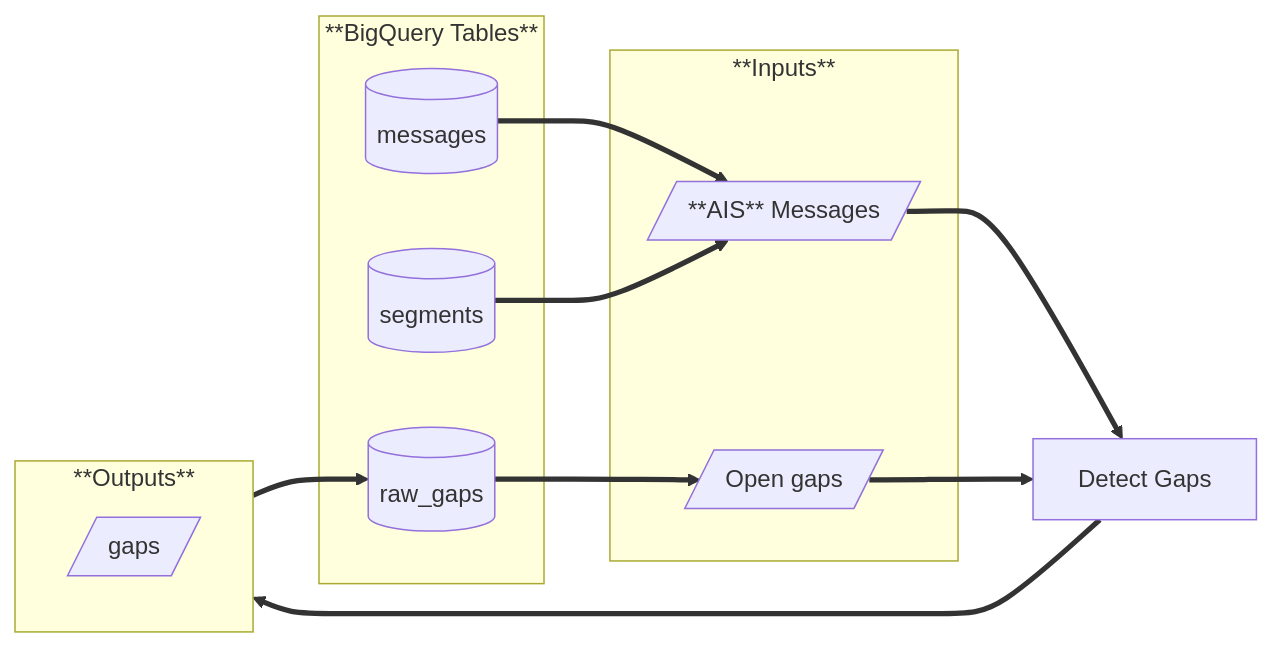
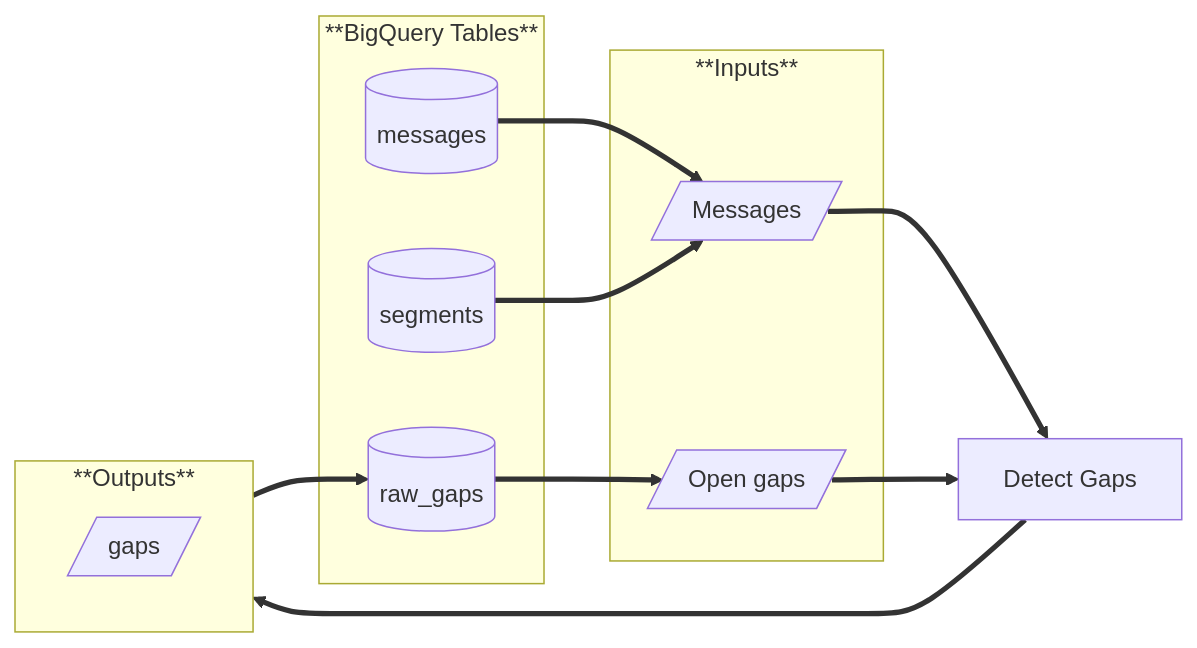
Before and after one commit to GlobalFishingWatch/pipe-gaps: the first of 2 diagrams in README.md, drawn with Mermaid. The commit also changed other lines of this file and 16 other files, not shown here.

````diff
--- a/README.md
+++ b/README.md
@@ -292,32 +295,32 @@
 ```mermaid
 flowchart LR;
     subgraph tables [**BigQuery Tables**]
         A[(messages)]
         B[(segments)]
         C[(raw_gaps)]
     end
 
     subgraph inputs [**Inputs**]
-        D[/**AIS** Messages/]
+        D[/Messages/]
         E[/Open gaps/]
     end
 
     F[Detect Gaps]
 
 
     subgraph outputs [**Outputs**]
         direction TB
         G[/gaps/]
     end
     
     A ==> D
     B ==> D
     C ==> E
 
     D ==> F
     E ==> F
 
     F ==> outputs
 
     outputs ==> C
 ```
````
